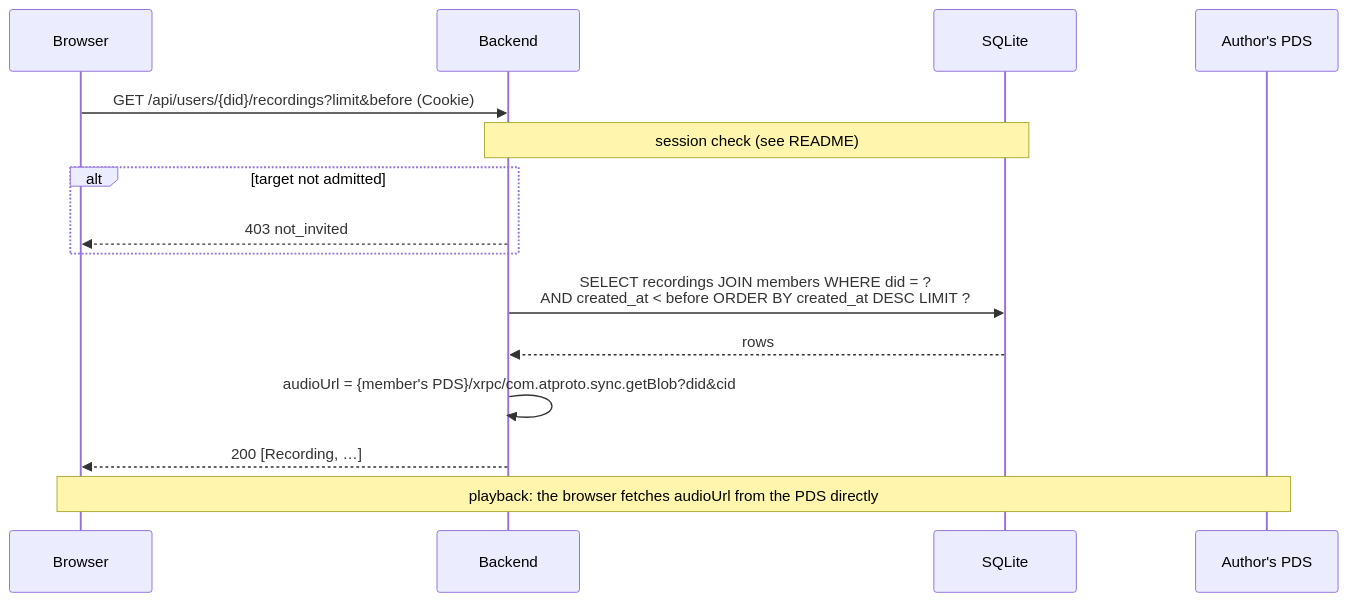
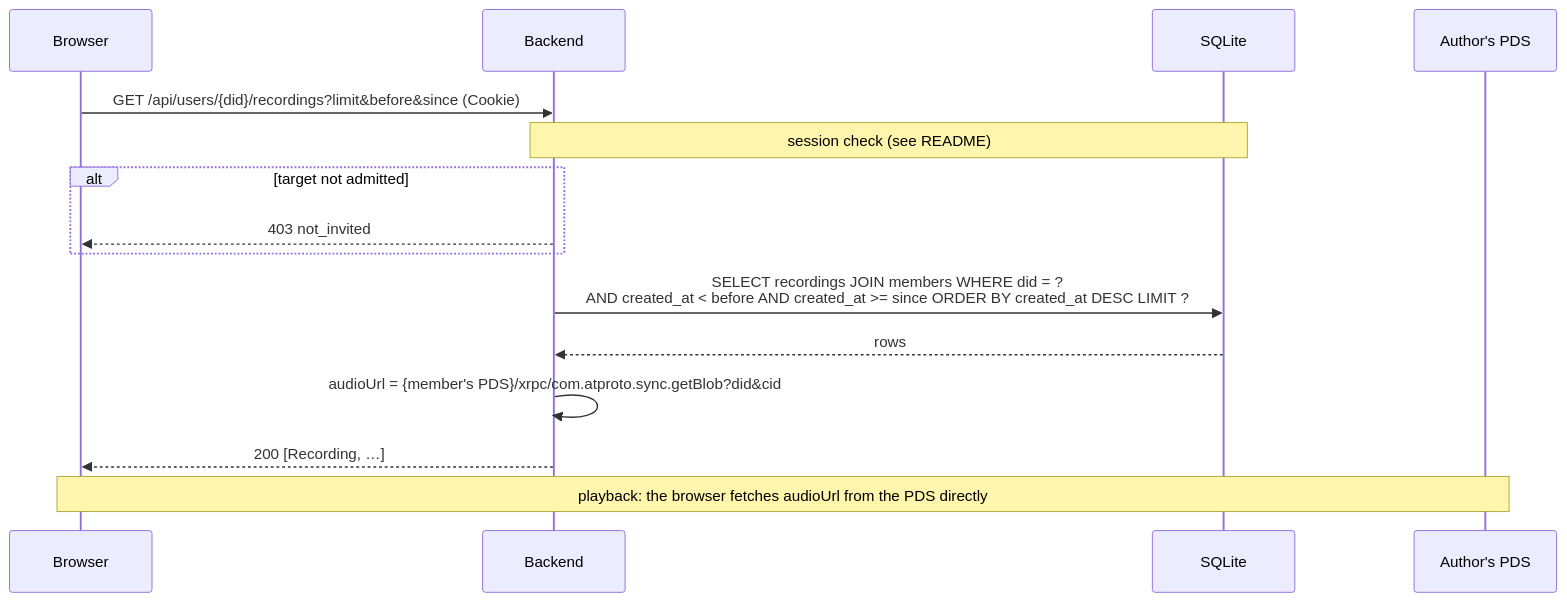
One commit to tessprime/voicebook.club changed the diagram in docs/api/user-recordings.md. Above: the diagram before and after it, drawn with Mermaid. The commit also changed other lines of this file and 34 other files, not shown here.

````diff
--- a/docs/api/user-recordings.md
+++ b/docs/api/user-recordings.md
@@ -36,17 +37,17 @@
 ```mermaid
 sequenceDiagram
     participant B as Browser
     participant A as Backend
     participant D as SQLite
     participant P as Author's PDS
-    B->>A: GET /api/users/{did}/recordings?limit&before (Cookie)
+    B->>A: GET /api/users/{did}/recordings?limit&before&since (Cookie)
     Note over A,D: session check (see README)
     alt target not admitted
         A-->>B: 403 not_invited
     end
-    A->>D: SELECT recordings JOIN members WHERE did = ?<br/>AND created_at < before ORDER BY created_at DESC LIMIT ?
+    A->>D: SELECT recordings JOIN members WHERE did = ?<br/>AND created_at < before AND created_at >= since ORDER BY created_at DESC LIMIT ?
     D-->>A: rows
     A->>A: audioUrl = {member's PDS}/xrpc/com.atproto.sync.getBlob?did&cid
     A-->>B: 200 [Recording, …]
     Note over B,P: playback: the browser fetches audioUrl from the PDS directly
 ```
````
